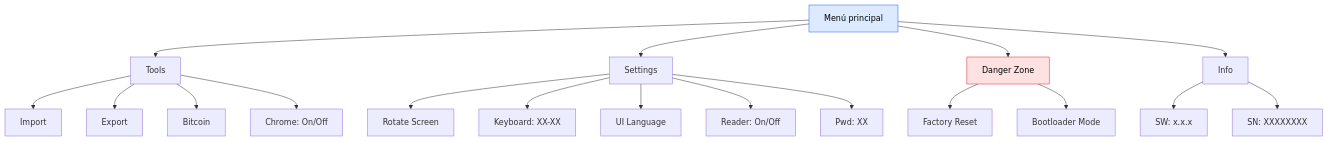
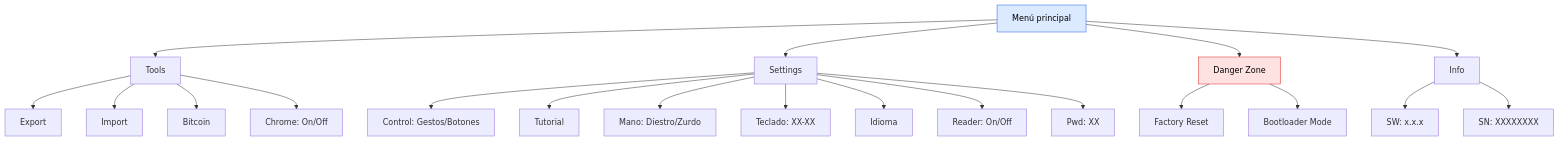
One commit to Depbit-lab/docsZerokeyUSB changed the first of 3 diagrams in es/firmware/menu.mdx. Above: the diagram before and after it, drawn with Mermaid. The commit also changed other lines of this file and 78 other files, not shown here.

````diff
--- a/es/firmware/menu.mdx
+++ b/es/firmware/menu.mdx
@@ -15,28 +15,30 @@
 ```mermaid
 graph TD
     ROOT["Menú principal"]
     ROOT --> TOOLS["Tools"]
     ROOT --> SETTINGS["Settings"]
     ROOT --> DANGER["Danger Zone"]
     ROOT --> INFO["Info"]
     
+    TOOLS --> EXP["Export"]
     TOOLS --> IMP["Import"]
-    TOOLS --> EXP["Export"]
     TOOLS --> BTC["Bitcoin"]
     TOOLS --> CHR["Chrome: On/Off"]
     
-    SETTINGS --> ROT["Rotate Screen"]
-    SETTINGS --> KB["Keyboard: XX-XX"]
-    SETTINGS --> UILANG["UI Language"]
+    SETTINGS --> CTL["Control: Gestos/Botones"]
+    SETTINGS --> TUT["Tutorial"]
+    SETTINGS --> ROT["Mano: Diestro/Zurdo"]
+    SETTINGS --> KB["Teclado: XX-XX"]
+    SETTINGS --> UILANG["Idioma"]
     SETTINGS --> READER["Reader: On/Off"]
     SETTINGS --> PWD["Pwd: XX"]
     
     DANGER --> FACTORY["Factory Reset"]
     DANGER --> BOOT["Bootloader Mode"]
     
     INFO --> SW["SW: x.x.x"]
     INFO --> SN["SN: XXXXXXXX"]
     
     style ROOT fill:#dbeafe,stroke:#2563eb,color:#000
     style DANGER fill:#fee2e2,stroke:#dc2626,color:#000
 ```
````
